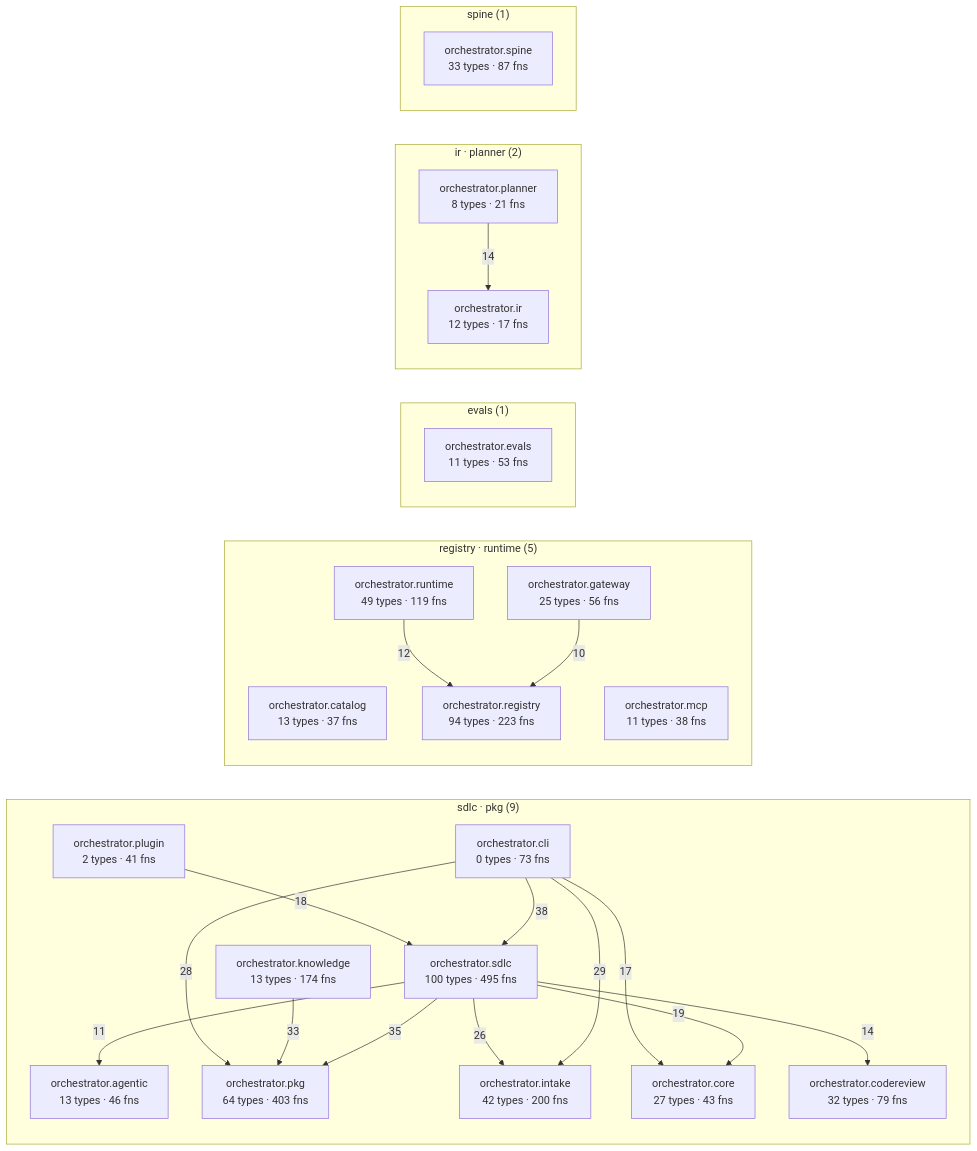
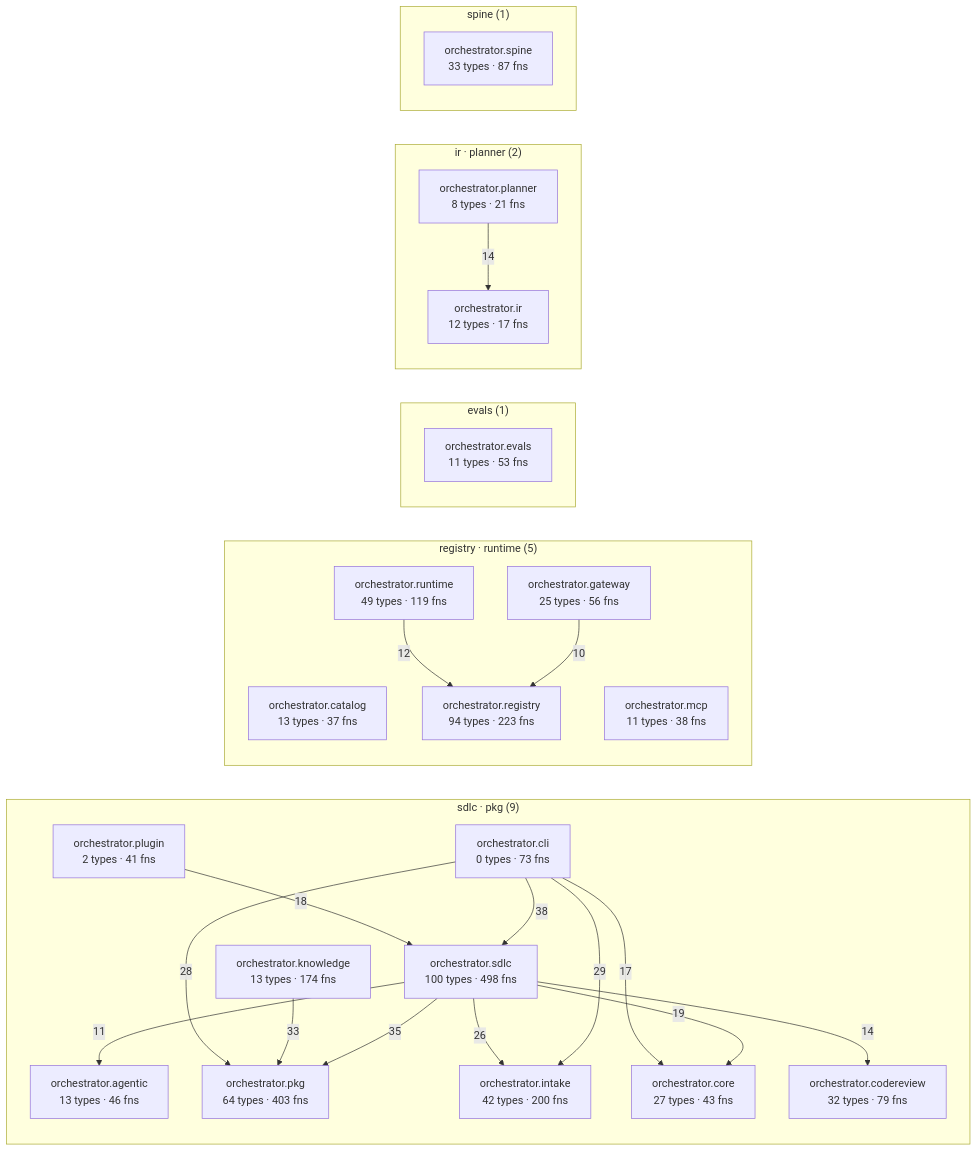
The diagram in episteme/architecture.md (synaptixs/spine), drawn with Mermaid before and after one commit. The commit also changed other lines of this file and 16 other files, not shown here.

````diff
--- a/episteme/architecture.md
+++ b/episteme/architecture.md
@@ -54,45 +54,45 @@
 ```mermaid
 flowchart LR
   subgraph c_1["sdlc · pkg (9)"]
     aorchestratoragentic["orchestrator.agentic<br/>13 types · 46 fns"]
     aorchestratorcli["orchestrator.cli<br/>0 types · 73 fns"]
     aorchestratorcodereview["orchestrator.codereview<br/>32 types · 79 fns"]
     aorchestratorcore["orchestrator.core<br/>27 types · 43 fns"]
     aorchestratorintake["orchestrator.intake<br/>42 types · 200 fns"]
     aorchestratorknowledge["orchestrator.knowledge<br/>13 types · 174 fns"]
     aorchestratorpkg["orchestrator.pkg<br/>64 types · 403 fns"]
     aorchestratorplugin["orchestrator.plugin<br/>2 types · 41 fns"]
-    aorchestratorsdlc["orchestrator.sdlc<br/>100 types · 495 fns"]
+    aorchestratorsdlc["orchestrator.sdlc<br/>100 types · 498 fns"]
   end
   subgraph c_3["registry · runtime (5)"]
     aorchestratorcatalog["orchestrator.catalog<br/>13 types · 37 fns"]
     aorchestratorgateway["orchestrator.gateway<br/>25 types · 56 fns"]
     aorchestratormcp["orchestrator.mcp<br/>11 types · 38 fns"]
     aorchestratorregistry["orchestrator.registry<br/>94 types · 223 fns"]
     aorchestratorruntime["orchestrator.runtime<br/>49 types · 119 fns"]
   end
   subgraph c_5["evals (1)"]
     aorchestratorevals["orchestrator.evals<br/>11 types · 53 fns"]
   end
   subgraph c_7["ir · planner (2)"]
     aorchestratorir["orchestrator.ir<br/>12 types · 17 fns"]
     aorchestratorplanner["orchestrator.planner<br/>8 types · 21 fns"]
   end
   subgraph c_10["spine (1)"]
     aorchestratorspine["orchestrator.spine<br/>33 types · 87 fns"]
   end
   aorchestratorcli -->|38| aorchestratorsdlc
   aorchestratorsdlc -->|35| aorchestratorpkg
   aorchestratorknowledge -->|33| aorchestratorpkg
   aorchestratorcli -->|29| aorchestratorintake
   aorchestratorcli -->|28| aorchestratorpkg
   aorchestratorsdlc -->|26| aorchestratorintake
   aorchestratorsdlc -->|19| aorchestratorcore
   aorchestratorplugin -->|18| aorchestratorsdlc
   aorchestratorcli -->|17| aorchestratorcore
   aorchestratorplanner -->|14| aorchestratorir
   aorchestratorsdlc -->|14| aorchestratorcodereview
   aorchestratorruntime -->|12| aorchestratorregistry
   aorchestratorsdlc -->|11| aorchestratoragentic
   aorchestratorgateway -->|10| aorchestratorregistry
 ```
````
